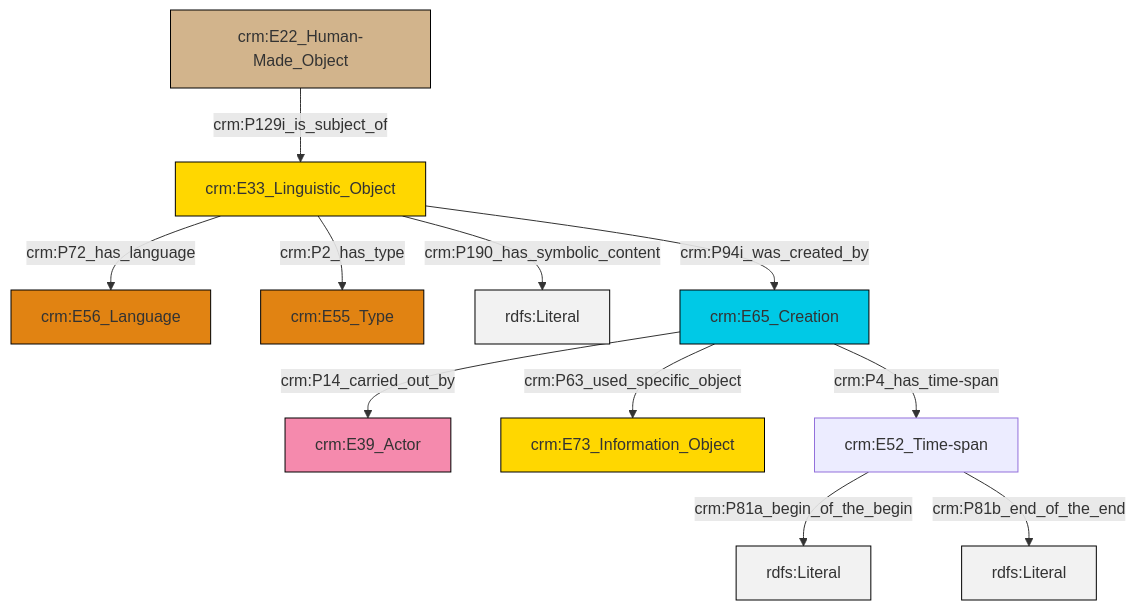
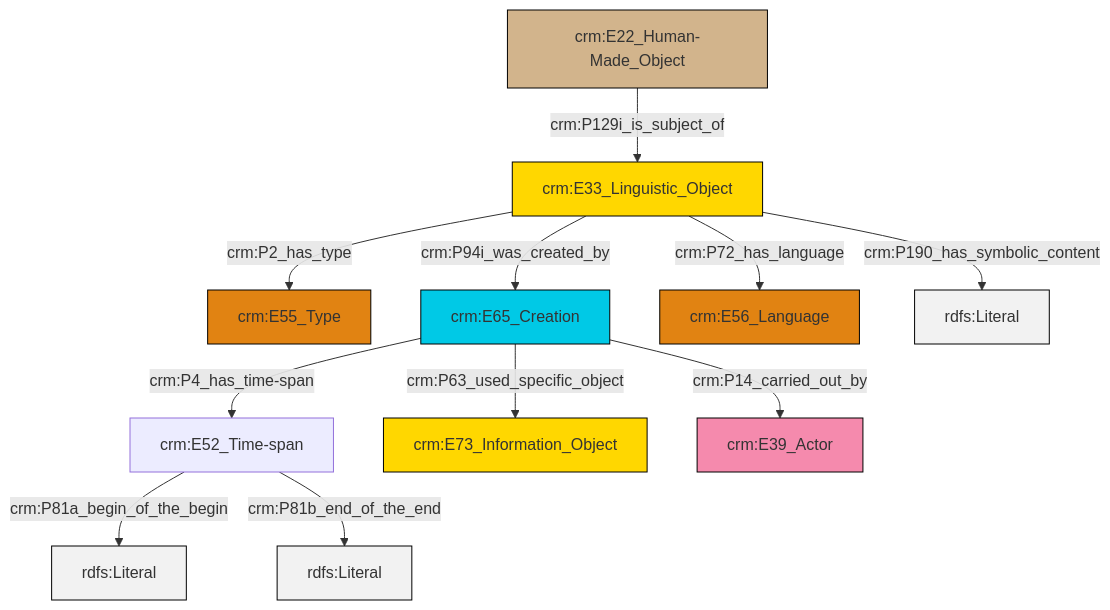
The diagram in et/carrierCSV/ttl/mmd/carrier_description.ttl.mmd (swiss-art-research-net/docs.swissartresearch), drawn with Mermaid before and after one commit. The commit also changed 179 other files, not shown here.

```diff
--- a/et/carrierCSV/ttl/mmd/carrier_description.ttl.mmd
+++ b/et/carrierCSV/ttl/mmd/carrier_description.ttl.mmd
@@ -1,25 +1,25 @@
 graph TD
 classDef Literal fill:#f2f2f2,stroke:#000000;
 classDef CRM_Entity fill:#FFFFFF,stroke:#000000;
 classDef Temporal_Entity fill:#00C9E6, stroke:#000000;
 classDef Type fill:#E18312, stroke:#000000;
 classDef Time-Span fill:#2C9C91, stroke:#000000;
 classDef Appellation fill:#FFEB7F, stroke:#000000;
 classDef Place fill:#008836, stroke:#000000;
 classDef Persistent_Item fill:#B266B2, stroke:#000000;
 classDef Conceptual_Object fill:#FFD700, stroke:#000000;
 classDef Physical_Thing fill:#D2B48C, stroke:#000000;
 classDef Actor fill:#f58aad, stroke:#000000;
 classDef PC_Classes fill:#4ce600, stroke:#000000;
 classDef Multi fill:#cccccc,stroke:#000000;
 
-0["crm:E22_Human-Made_Object"]:::Physical_Thing -->|crm:P129i_is_subject_of| 1["crm:E33_Linguistic_Object"]:::Conceptual_Object
-1["crm:E33_Linguistic_Object"]:::Conceptual_Object -->|crm:P2_has_type| 8["crm:E55_Type"]:::Type
-1["crm:E33_Linguistic_Object"]:::Conceptual_Object -->|crm:P190_has_symbolic_content| 9[rdfs:Literal]:::Literal
-10["crm:E52_Time-span"]:::Default -->|crm:P81a_begin_of_the_begin| 11[rdfs:Literal]:::Literal
-12["crm:E65_Creation"]:::Temporal_Entity -->|crm:P63_used_specific_object| 6["crm:E73_Information_Object"]:::Conceptual_Object
-1["crm:E33_Linguistic_Object"]:::Conceptual_Object -->|crm:P72_has_language| 4["crm:E56_Language"]:::Type
-12["crm:E65_Creation"]:::Temporal_Entity -->|crm:P14_carried_out_by| 2["crm:E39_Actor"]:::Actor
-1["crm:E33_Linguistic_Object"]:::Conceptual_Object -->|crm:P94i_was_created_by| 12["crm:E65_Creation"]:::Temporal_Entity
-12["crm:E65_Creation"]:::Temporal_Entity -->|crm:P4_has_time-span| 10["crm:E52_Time-span"]:::Default
-10["crm:E52_Time-span"]:::Default -->|crm:P81b_end_of_the_end| 18[rdfs:Literal]:::Literal
+2["crm:E22_Human-Made_Object"]:::Physical_Thing -->|crm:P129i_is_subject_of| 3["crm:E33_Linguistic_Object"]:::Conceptual_Object
+4["crm:E52_Time-span"]:::Default -->|crm:P81a_begin_of_the_begin| 5[rdfs:Literal]:::Literal
+3["crm:E33_Linguistic_Object"]:::Conceptual_Object -->|crm:P94i_was_created_by| 8["crm:E65_Creation"]:::Temporal_Entity
+3["crm:E33_Linguistic_Object"]:::Conceptual_Object -->|crm:P190_has_symbolic_content| 12[rdfs:Literal]:::Literal
+8["crm:E65_Creation"]:::Temporal_Entity -->|crm:P14_carried_out_by| 15["crm:E39_Actor"]:::Actor
+3["crm:E33_Linguistic_Object"]:::Conceptual_Object -->|crm:P72_has_language| 10["crm:E56_Language"]:::Type
+4["crm:E52_Time-span"]:::Default -->|crm:P81b_end_of_the_end| 17[rdfs:Literal]:::Literal
+8["crm:E65_Creation"]:::Temporal_Entity -->|crm:P63_used_specific_object| 13["crm:E73_Information_Object"]:::Conceptual_Object
+8["crm:E65_Creation"]:::Temporal_Entity -->|crm:P4_has_time-span| 4["crm:E52_Time-span"]:::Default
+3["crm:E33_Linguistic_Object"]:::Conceptual_Object -->|crm:P2_has_type| 0["crm:E55_Type"]:::Type
```
